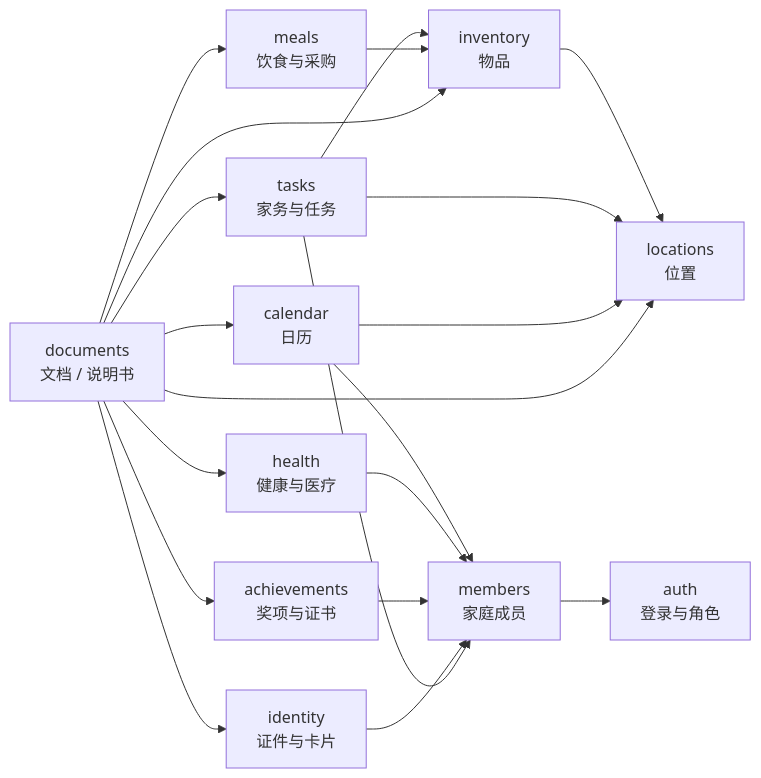
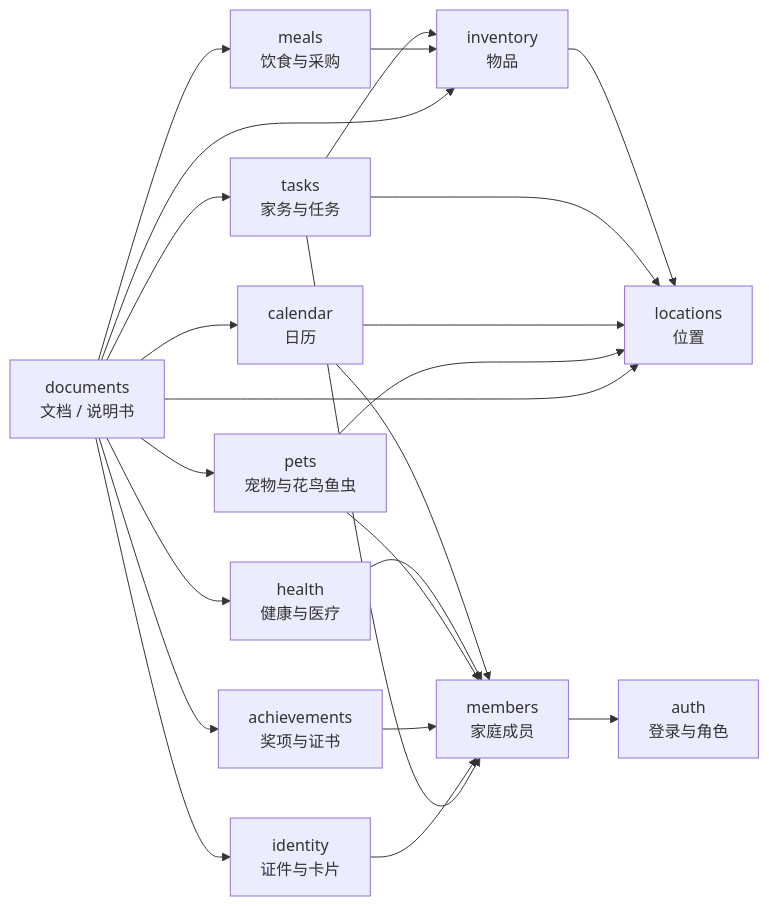
The diagram in docs/08-domain.md (Geno1024-AIGC/home-erp-modern), drawn with Mermaid before and after one commit. The commit also changed other lines of this file and 7 other files, not shown here.

````diff
--- a/docs/08-domain.md
+++ b/docs/08-domain.md
@@ -30,26 +31,30 @@
 ```mermaid
 flowchart LR
     Members["members<br/>家庭成员"] --> Auth["auth<br/>登录与角色"]
     Inventory["inventory<br/>物品"] --> Locations["locations<br/>位置"]
     Tasks["tasks<br/>家务与任务"] --> Locations
     Tasks --> Inventory
     Calendar["calendar<br/>日历"]
     Calendar --> Members
     Calendar --> Locations
     Meals["meals<br/>饮食与采购"] --> Inventory
     Health["health<br/>健康与医疗"]
     Health --> Members
+    Pets["pets<br/>宠物与花鸟鱼虫"]
+    Pets --> Members
+    Pets --> Locations
     Documents["documents<br/>文档 / 说明书"] --> Inventory
     Documents --> Calendar
     Documents --> Meals
     Documents --> Health
+    Documents --> Pets
     Documents --> Locations
     Documents --> Tasks
     Achievements["achievements<br/>奖项与证书"]
     Documents --> Achievements
     Achievements --> Members
     Identity["identity<br/>证件与卡片"]
     Documents --> Identity
     Identity --> Members
     Tasks --> Members
 ```
````
